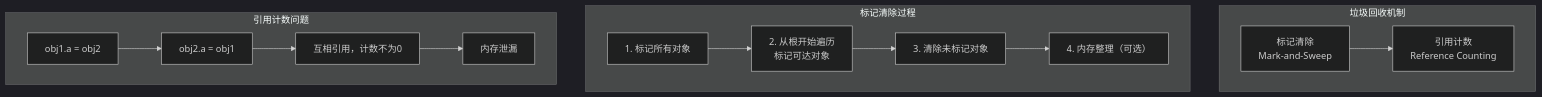
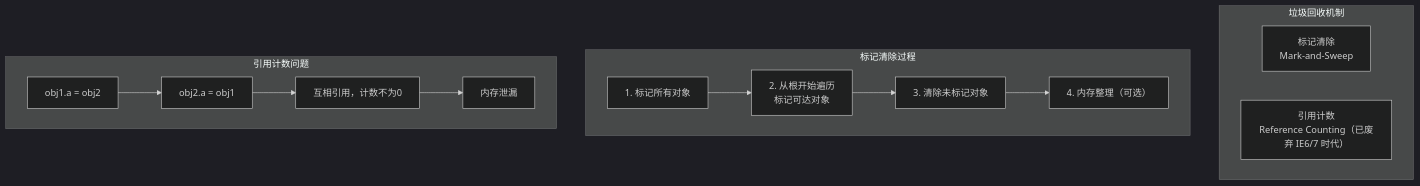
One commit to KMaybe01/common changed diagram 41 of 49 in S1-基础夯实/03-JavaScript-核心.md. Above: the diagram before and after it, drawn with Mermaid (dark theme). The commit also changed other lines of this file and 5 other files, not shown here.

````diff
--- a/S1-基础夯实/03-JavaScript-核心.md
+++ b/S1-基础夯实/03-JavaScript-核心.md
@@ -2531,19 +2531,20 @@
 ```mermaid
 graph TD
     subgraph 垃圾回收机制
         direction LR
-        A["标记清除<br/>Mark-and-Sweep"] --> B["引用计数<br/>Reference Counting"]
+        A["标记清除<br/>Mark-and-Sweep"]
+        B["引用计数<br/>Reference Counting（已废弃 IE6/7 时代）"]
     end
 
     subgraph 标记清除过程
         C["1. 标记所有对象"] --> D["2. 从根开始遍历<br/>标记可达对象"]
         D --> E["3. 清除未标记对象"]
         E --> F["4. 内存整理（可选）"]
     end
 
     subgraph 引用计数问题
         G["obj1.a = obj2"] --> H["obj2.a = obj1"]
         H --> I["互相引用，计数不为0"]
         I --> J["内存泄漏"]
     end
 ```
````
